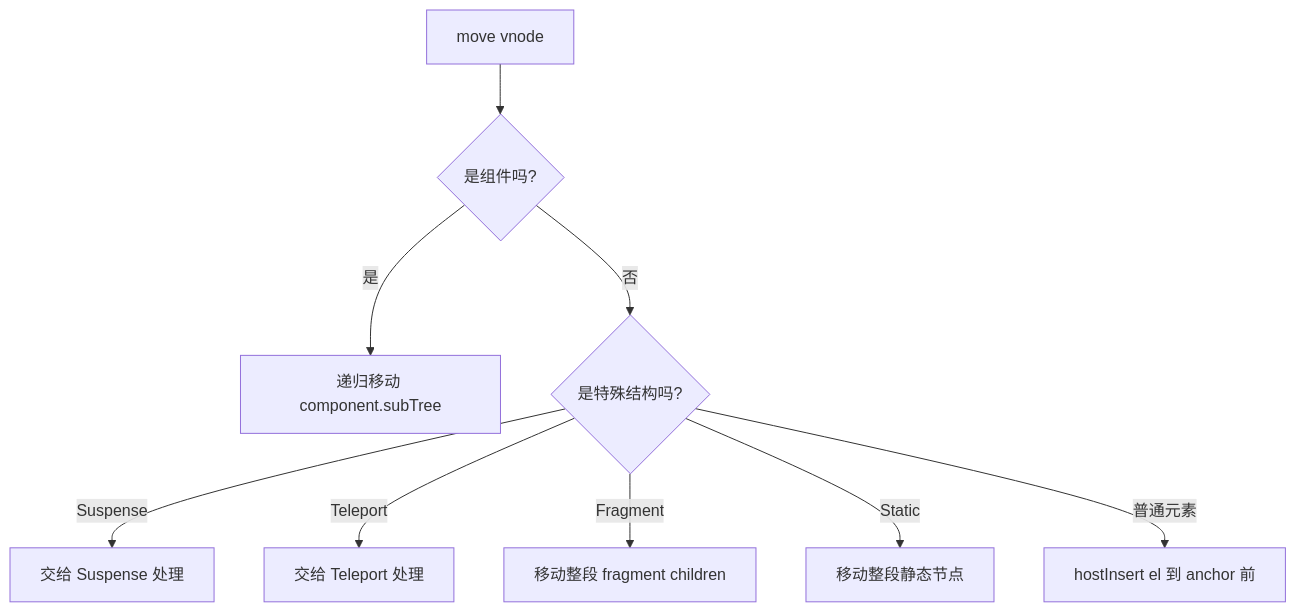
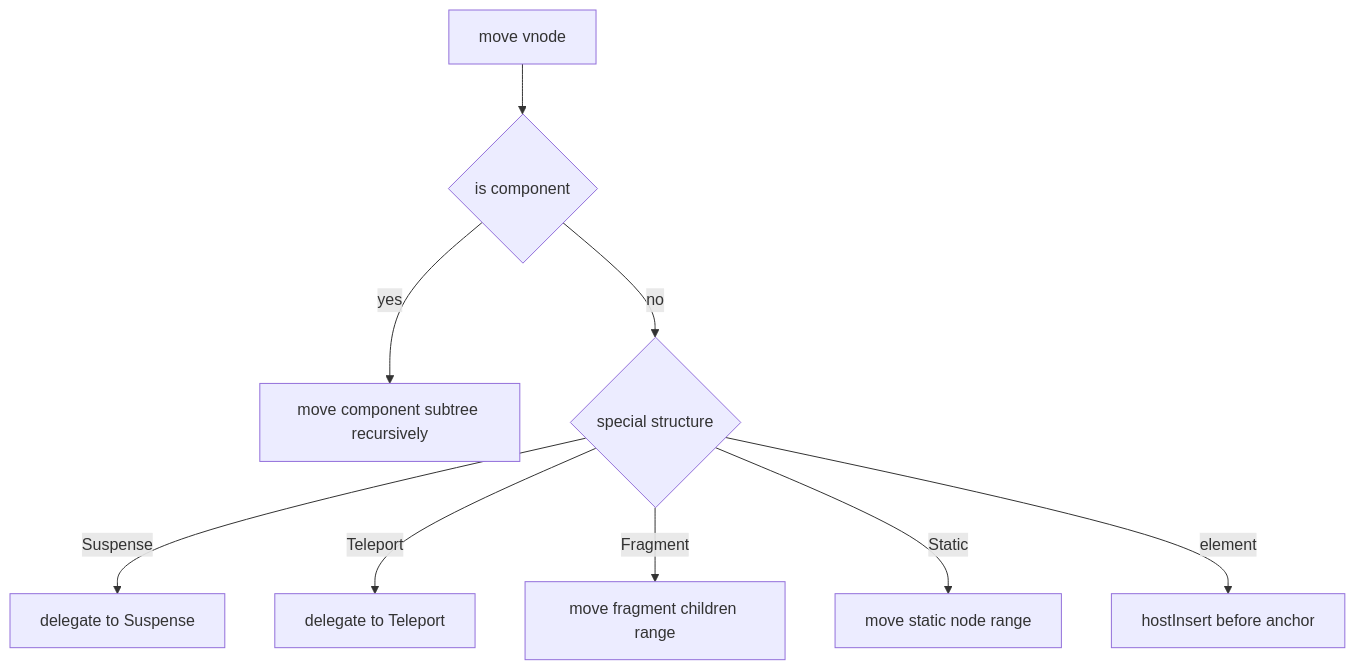
One commit to Tajigaqzh/front_basic changed the diagram in docs/vue/source/runtime-core/move-source-walkthrough.md. Above: the diagram before and after it, drawn with Mermaid. The commit also changed 11 other files, not shown here.

````diff
--- a/docs/vue/source/runtime-core/move-source-walkthrough.md
+++ b/docs/vue/source/runtime-core/move-source-walkthrough.md
@@ -244,11 +244,11 @@
 ```mermaid
 flowchart TD
-  A[move vnode] --> B{是组件吗?}
-  B -- 是 --> C[递归移动 component.subTree]
-  B -- 否 --> D{是特殊结构吗?}
-  D -- Suspense --> E[交给 Suspense 处理]
-  D -- Teleport --> F[交给 Teleport 处理]
-  D -- Fragment --> G[移动整段 fragment children]
-  D -- Static --> H[移动整段静态节点]
-  D -- 普通元素 --> I[hostInsert el 到 anchor 前]
+  A["move vnode"] --> B{"is component"}
+  B -- yes --> C["move component subtree recursively"]
+  B -- no --> D{"special structure"}
+  D -- Suspense --> E["delegate to Suspense"]
+  D -- Teleport --> F["delegate to Teleport"]
+  D -- Fragment --> G["move fragment children range"]
+  D -- Static --> H["move static node range"]
+  D -- element --> I["hostInsert before anchor"]
 ```
````
